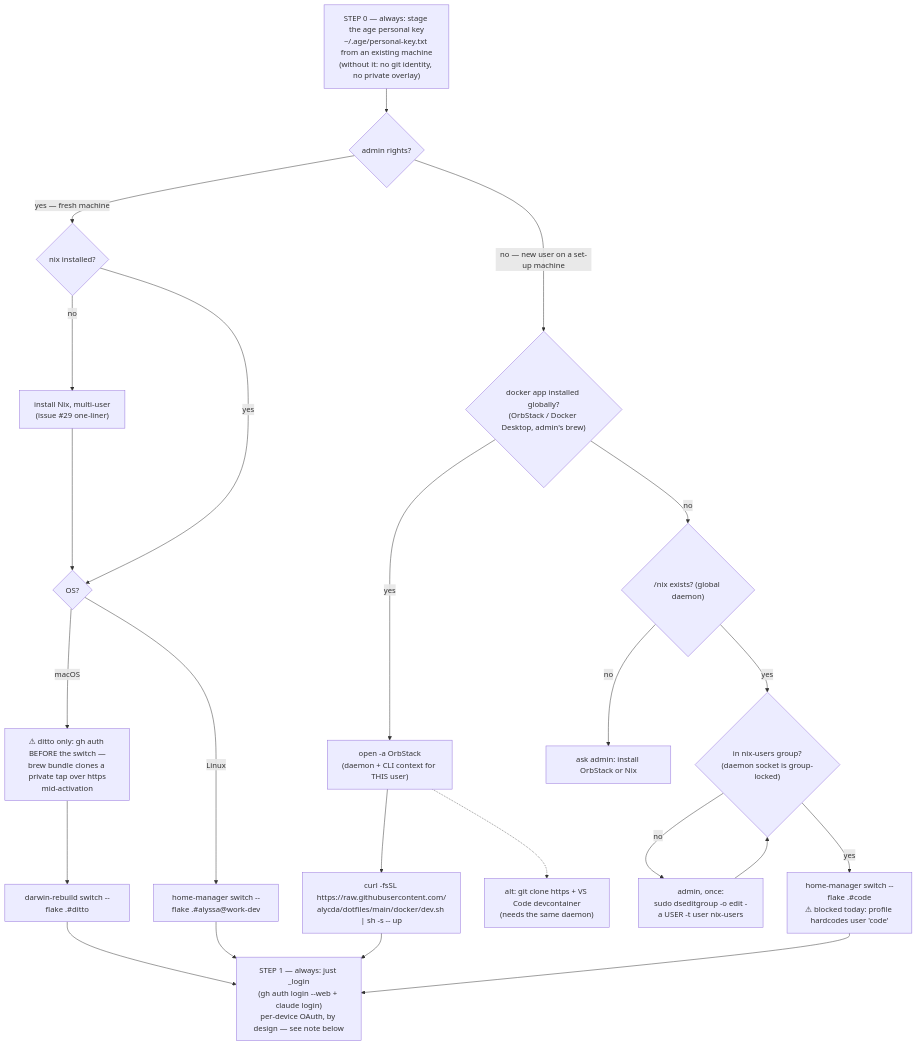
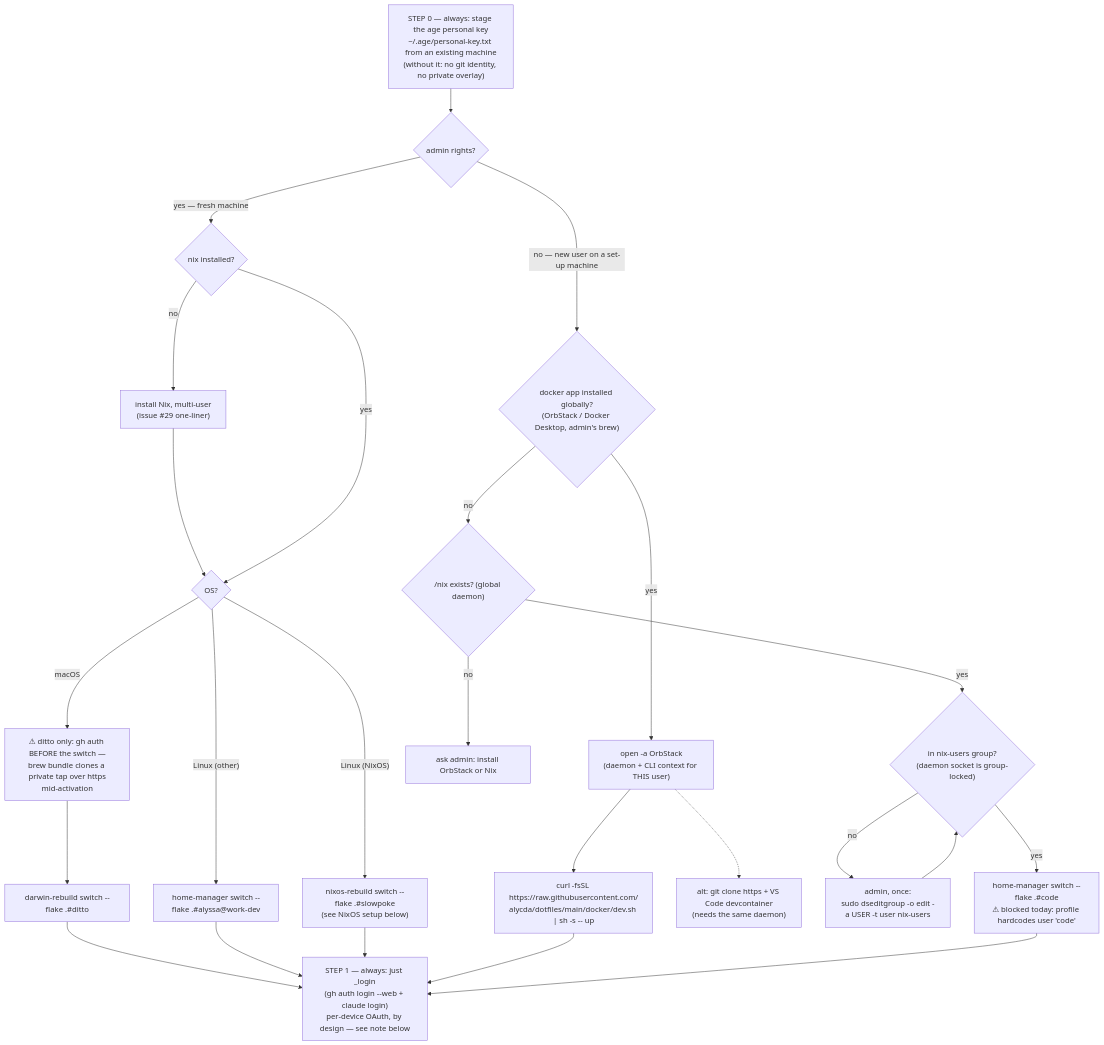
One commit to alycda/dotfiles changed the diagram in README.md. Above: the diagram before and after it, drawn with Mermaid. The commit also changed other lines of this file and 1 other file, not shown here.

First line of the commit message:
Document the NixOS path for the 2012 MacBook Pro

````diff
--- a/README.md
+++ b/README.md
@@ -63,29 +68,31 @@
 ```mermaid
 flowchart TD
     K0["STEP 0 — always: stage the age personal key<br/>~/.age/personal-key.txt from an existing machine<br/>(without it: no git identity, no private overlay)"]
     K0 --> Q1{admin rights?}
 
     Q1 -- "yes — fresh machine" --> Q2{nix installed?}
     Q2 -- no --> N1["install Nix, multi-user<br/>(issue #29 one-liner)"]
     N1 --> Q3{OS?}
     Q2 -- yes --> Q3
     Q3 -- macOS --> W1["⚠ ditto only: gh auth BEFORE the switch —<br/>brew bundle clones a private tap over https<br/>mid-activation"]
     W1 --> D1["darwin-rebuild switch --flake .#ditto"]
-    Q3 -- Linux --> D2["home-manager switch --flake .#alyssa@work-dev"]
+    Q3 -- "Linux (NixOS)" --> D3["nixos-rebuild switch --flake .#slowpoke<br/>(see NixOS setup below)"]
+    Q3 -- "Linux (other)" --> D2["home-manager switch --flake .#alyssa@work-dev"]
 
     Q1 -- "no — new user on a set-up machine" --> Q4{"docker app installed globally?<br/>(OrbStack / Docker Desktop, admin's brew)"}
     Q4 -- yes --> C1["open -a OrbStack<br/>(daemon + CLI context for THIS user)"]
     C1 --> C2["curl -fsSL https://raw.githubusercontent.com/<br/>alycda/dotfiles/main/docker/dev.sh | sh -s -- up"]
     C1 -.-> C3["alt: git clone https + VS Code devcontainer<br/>(needs the same daemon)"]
     Q4 -- no --> Q5{"/nix exists? (global daemon)"}
     Q5 -- yes --> Q6{"in nix-users group?<br/>(daemon socket is group-locked)"}
     Q6 -- no --> A1["admin, once:<br/>sudo dseditgroup -o edit -a USER -t user nix-users"]
     A1 --> Q6
     Q6 -- yes --> H1["home-manager switch --flake .#code<br/>⚠ blocked today: profile hardcodes user 'code'"]
     Q5 -- no --> A2[ask admin: install OrbStack or Nix]
 
     D1 --> S1["STEP 1 — always: just _login<br/>(gh auth login --web + claude login)<br/>per-device OAuth, by design — see note below"]
     D2 --> S1
+    D3 --> S1
     C2 --> S1
     H1 --> S1
 ```
````
